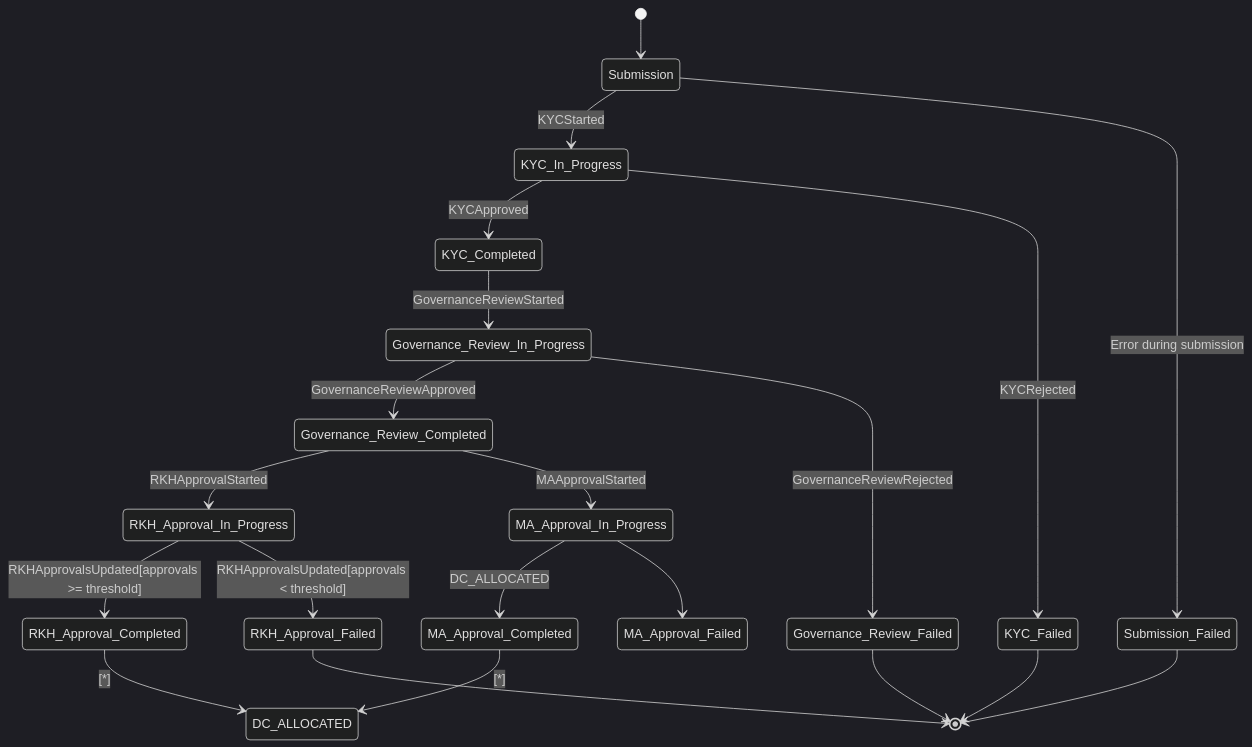
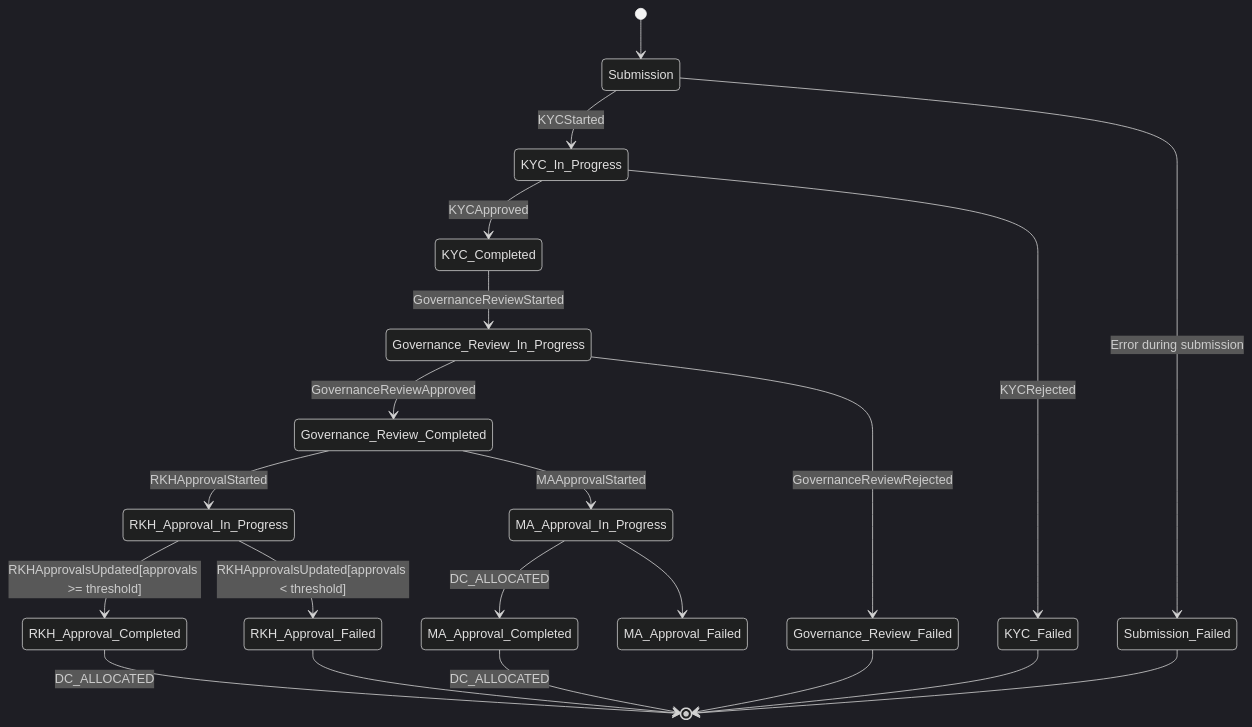
The diagram in README.md (lukasz-wal/rkh-frontend-neti), drawn with Mermaid (dark theme) before and after one commit.

Commit message:
Fixing mistakes

````diff
--- a/README.md
+++ b/README.md
@@ -31,23 +31,23 @@
 ```mermaid
 stateDiagram-v2
     [*] --> Submission
     Submission --> KYC_In_Progress: KYCStarted
     KYC_In_Progress --> KYC_Completed: KYCApproved
     KYC_In_Progress --> KYC_Failed: KYCRejected
     KYC_Completed --> Governance_Review_In_Progress: GovernanceReviewStarted
     Governance_Review_In_Progress --> Governance_Review_Completed: GovernanceReviewApproved
     Governance_Review_In_Progress --> Governance_Review_Failed: GovernanceReviewRejected
     Governance_Review_Completed --> RKH_Approval_In_Progress: RKHApprovalStarted
     Governance_Review_Completed --> MA_Approval_In_Progress: MAApprovalStarted
     RKH_Approval_In_Progress --> RKH_Approval_Completed: RKHApprovalsUpdated[approvals >= threshold]
     RKH_Approval_In_Progress --> RKH_Approval_Failed: RKHApprovalsUpdated[approvals < threshold]
     MA_Approval_In_Progress --> MA_Approval_Completed: DC_ALLOCATED
     MA_Approval_In_Progress --> MA_Approval_Failed
-    RKH_Approval_Completed --> DC_ALLOCATED: [*]
-    MA_Approval_Completed --> DC_ALLOCATED: [*]
+    RKH_Approval_Completed --> [*]: DC_ALLOCATED
+    MA_Approval_Completed --> [*]: DC_ALLOCATED
     KYC_Failed --> [*]
     Governance_Review_Failed --> [*]
     RKH_Approval_Failed --> [*]
     Submission --> Submission_Failed: Error during submission
     Submission_Failed --> [*]
 ```
````
